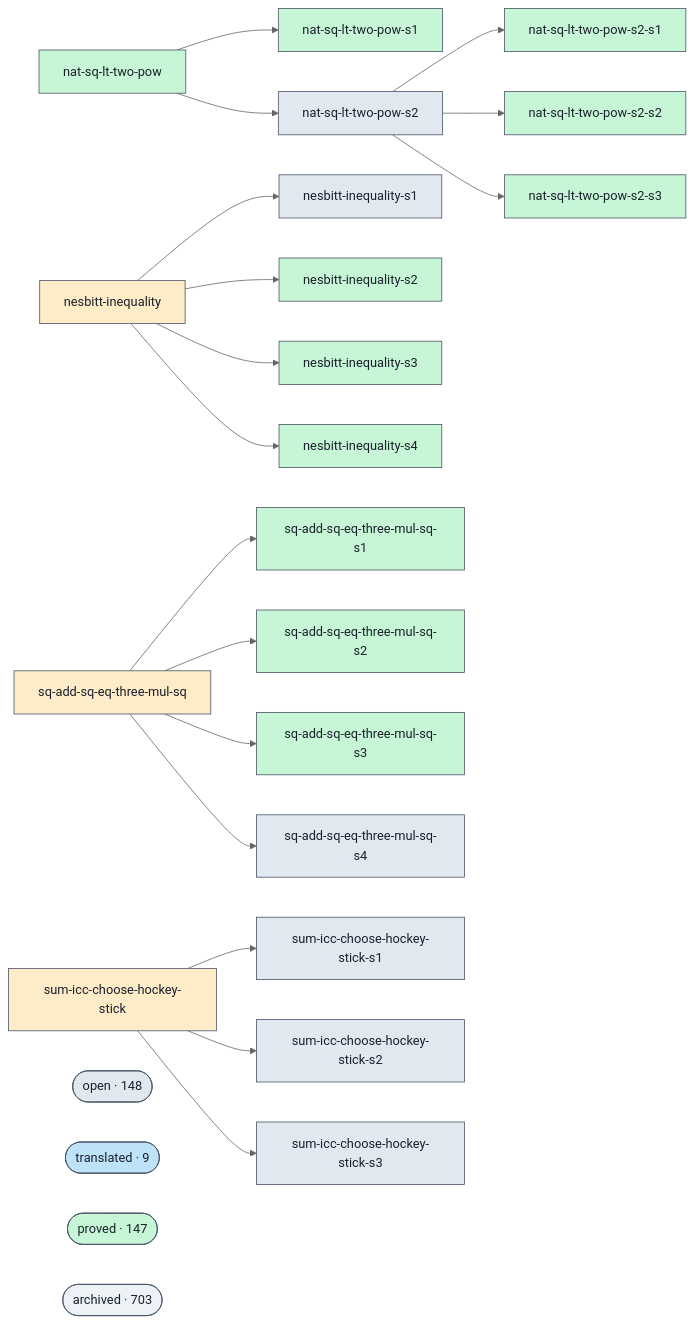
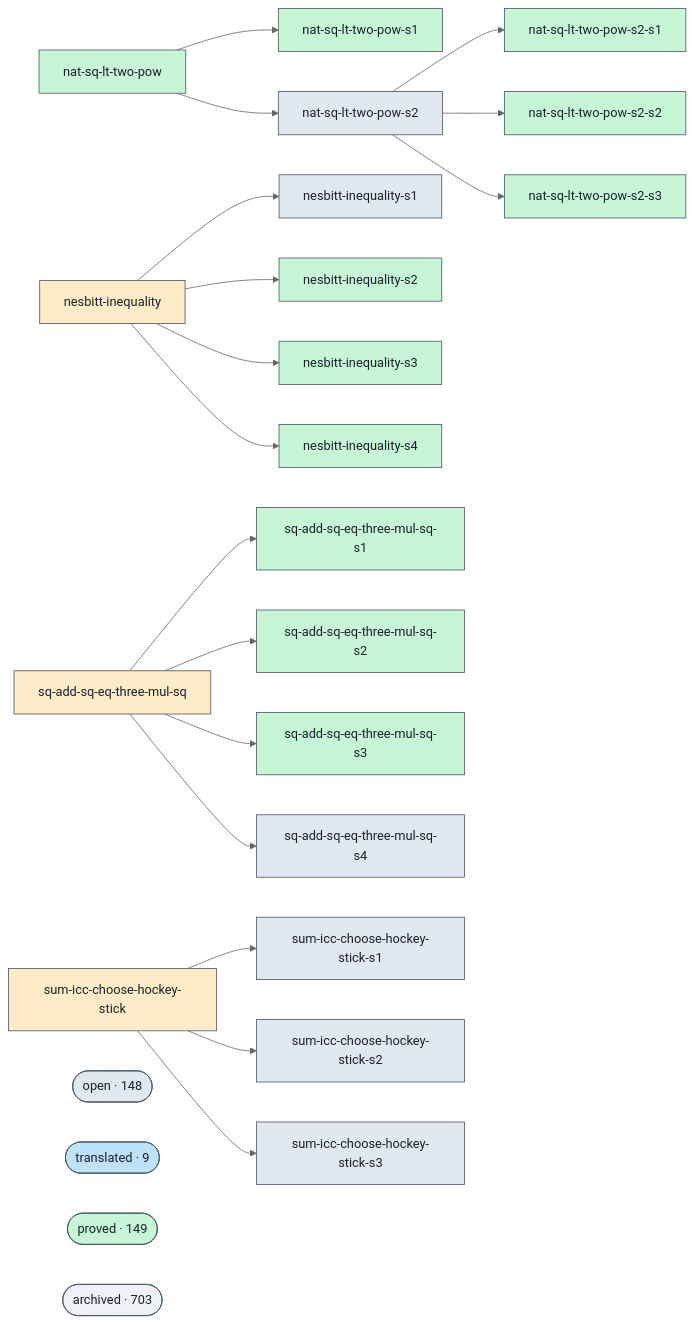
The diagram in docs/proofs-contributors-visualisation.md (ohdearquant/unsorry), drawn with Mermaid (neutral theme) before and after one commit. The commit also changed other lines of this file and 2 other files, not shown here.

```diff
--- a/docs/proofs-contributors-visualisation.md
+++ b/docs/proofs-contributors-visualisation.md
@@ -102,7 +102,7 @@
   class cluster_open open;
   cluster_translated(["translated · 9"])
   class cluster_translated translated;
-  cluster_proved(["proved · 147"])
+  cluster_proved(["proved · 149"])
   class cluster_proved proved;
   cluster_archived(["archived · 703"])
   class cluster_archived unknown;
```
